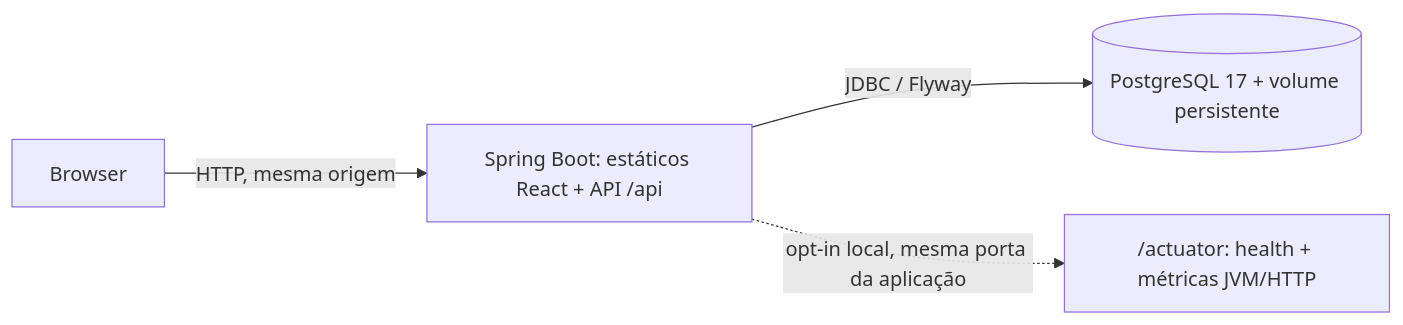
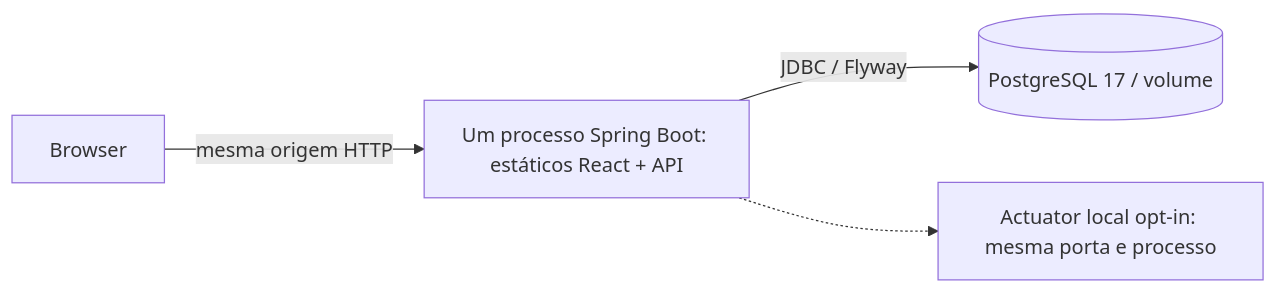
One commit to Fibigor/matriz changed the second of 3 diagrams in docs/architecture.md. Above: the diagram before and after it, drawn with Mermaid. The commit also changed other lines of this file and 17 other files, not shown here.

Commit message:
feat: update architecture documentation

````diff
--- a/docs/architecture.md
+++ b/docs/architecture.md
@@ -42,6 +42,6 @@
 ```mermaid
 flowchart LR
-    Browser["Browser"] -->|"HTTP, mesma origem"| App["Spring Boot: estáticos React + API /api"]
-    App -->|"JDBC / Flyway"| DB[("PostgreSQL 17 + volume persistente")]
-    App -.->|"opt-in local, mesma porta da aplicação"| Ops["/actuator: health + métricas JVM/HTTP"]
+    B["Browser"] -->|"mesma origem HTTP"| App["Um processo Spring Boot: estáticos React + API"]
+    App -->|"JDBC / Flyway"| Pg[("PostgreSQL 17 / volume")]
+    App -.-> Ops["Actuator local opt-in: mesma porta e processo"]
 ```
````
